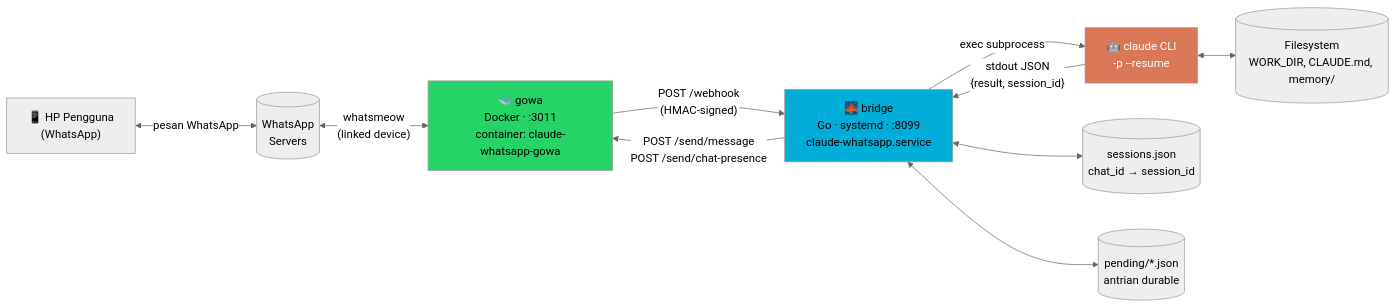
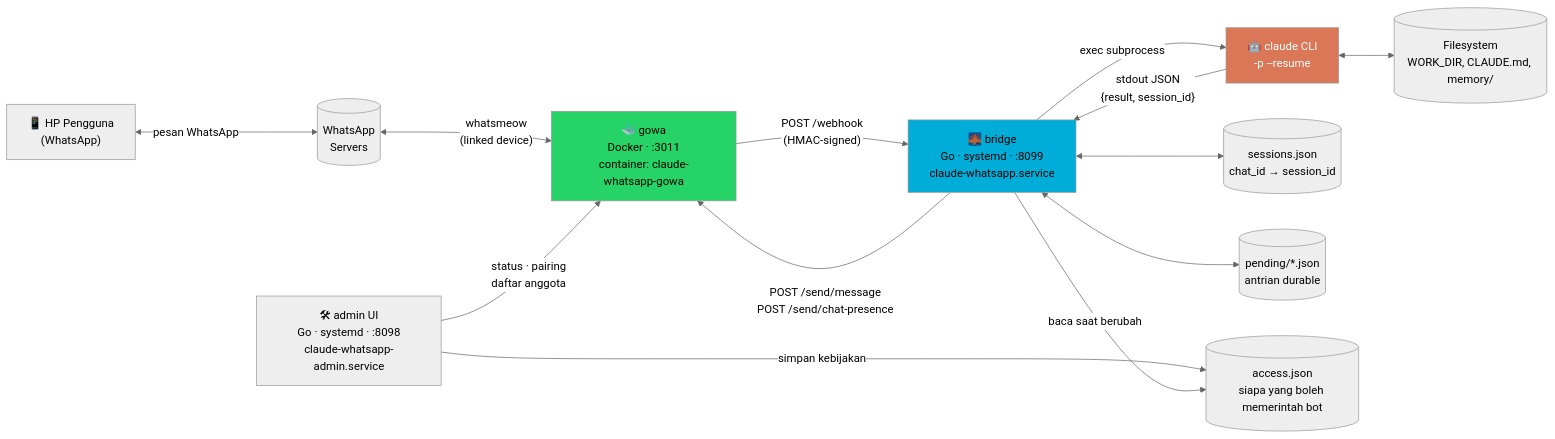
The first of 4 diagrams in docs/ARCHITECTURE.id.md (tarkiman/claude-whatsapp), drawn with Mermaid (neutral theme) before and after one commit. The commit also changed other lines of this file and 9 other files, not shown here.

````diff
--- a/docs/ARCHITECTURE.id.md
+++ b/docs/ARCHITECTURE.id.md
@@ -24,25 +26,30 @@
 ```mermaid
 flowchart LR
     Phone["📱 HP Pengguna\n(WhatsApp)"]
     WA[("WhatsApp\nServers")]
     Gowa["🐳 gowa\nDocker · :3011\ncontainer: claude-whatsapp-gowa"]
     Bridge["🌉 bridge\nGo · systemd · :8099\nclaude-whatsapp.service"]
     Claude["🤖 claude CLI\n-p --resume <session>"]
     Store[("sessions.json\nchat_id → session_id")]
     Pending[("pending/*.json\nantrian durable")]
     FS[("Filesystem\nWORK_DIR, CLAUDE.md, memory/")]
 
     Phone <-->|"pesan WhatsApp"| WA
     WA <-->|"whatsmeow\n(linked device)"| Gowa
     Gowa -->|"POST /webhook\n(HMAC-signed)"| Bridge
     Bridge -->|"POST /send/message\nPOST /send/chat-presence"| Gowa
     Bridge -->|"exec subprocess"| Claude
     Claude -->|"stdout JSON\n{result, session_id}"| Bridge
     Bridge <--> Store
     Bridge <--> Pending
     Claude <--> FS
+    Admin["🛠 admin UI\nGo · systemd · :8098\nclaude-whatsapp-admin.service"]
+    Access[("access.json\nsiapa yang boleh memerintah bot")]
+    Admin -->|"simpan kebijakan"| Access
+    Bridge -->|"baca saat berubah"| Access
+    Admin -->|"status · pairing\ndaftar anggota"| Gowa
 
     style Gowa fill:#25D366,color:#000
     style Bridge fill:#00ADD8,color:#000
     style Claude fill:#D97757,color:#fff
 ```
````
